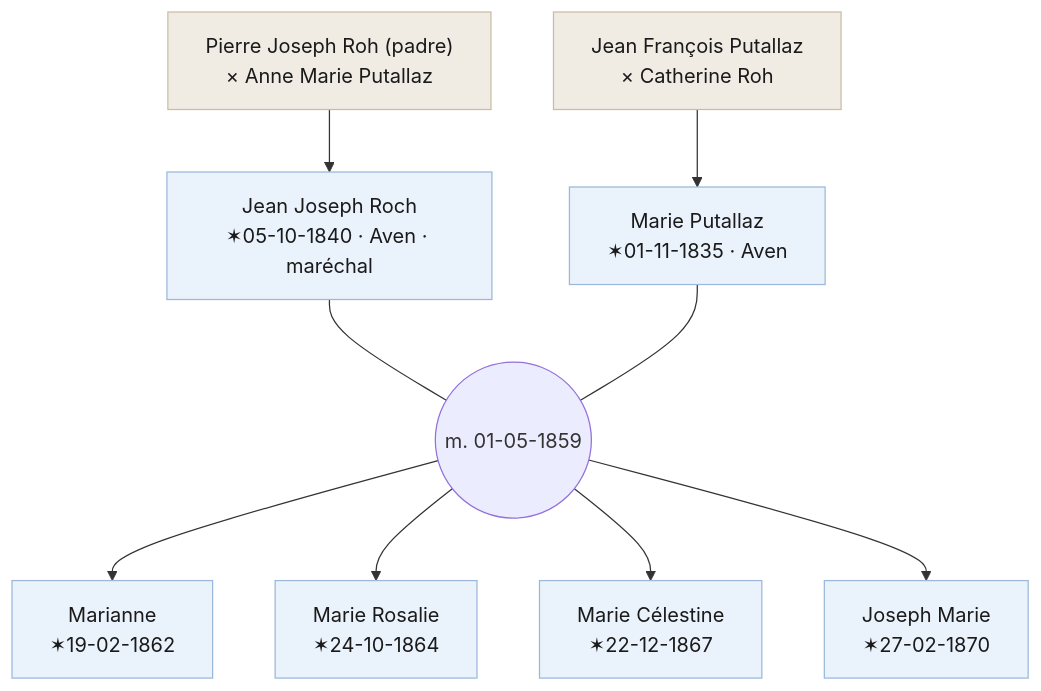
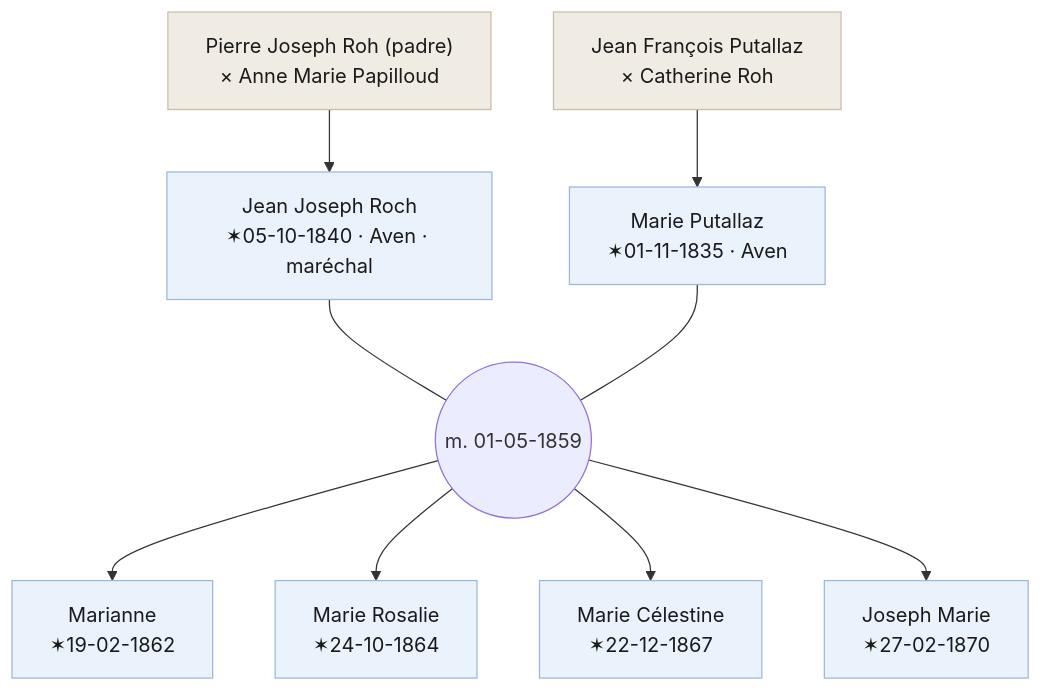
The sixth of 6 diagrams in content/posts/buscando-a-los-roh.md (cmzo/web-genealogia), drawn with Mermaid before and after one commit. The commit also changed other lines of this file and 1 other file, not shown here.

````diff
--- a/content/posts/buscando-a-los-roh.md
+++ b/content/posts/buscando-a-los-roh.md
@@ -301,21 +301,21 @@
 ```mermaid
 flowchart TD
-    AB["Pierre Joseph Roh (padre)\n× Anne Marie Putallaz"]
+    AB["Pierre Joseph Roh (padre)\n× Anne Marie Papilloud"]
     PB["Jean François Putallaz\n× Catherine Roh"]
     JJR["Jean Joseph Roch\n✶05-10-1840 · Aven · maréchal"]
     MP["Marie Putallaz\n✶01-11-1835 · Aven"]
     m(("m. 01-05-1859"))
     AB --> JJR
     PB --> MP
     JJR --- m
     MP --- m
     MAR["Marianne\n✶19-02-1862"]
     ROS["Marie Rosalie\n✶24-10-1864"]
     CEL["Marie Célestine\n✶22-12-1867"]
     JM["Joseph Marie\n✶27-02-1870"]
     m --> MAR & ROS & CEL & JM
     classDef sw fill:#eaf2fb,stroke:#9bb8da,color:#1a1a1a
     classDef an fill:#f0ece4,stroke:#c9bca6,color:#1a1a1a
     class JJR,MP,MAR,ROS,CEL,JM sw
     class AB,PB an
 ```
````
